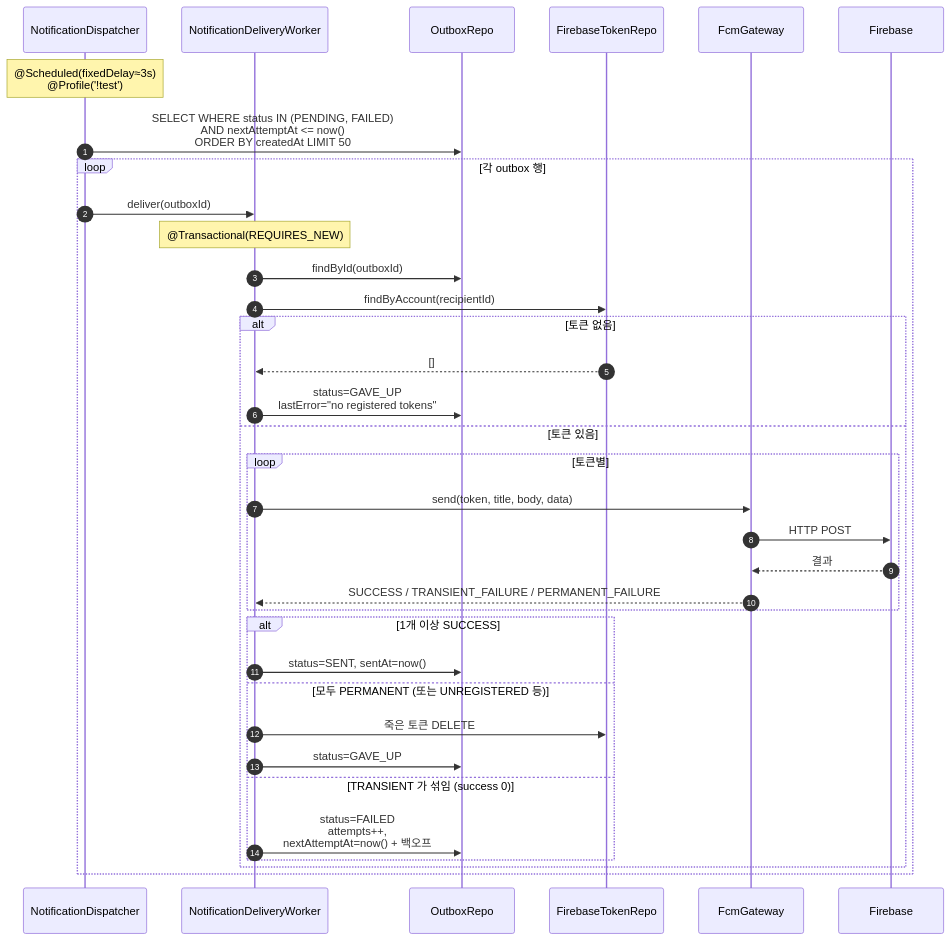
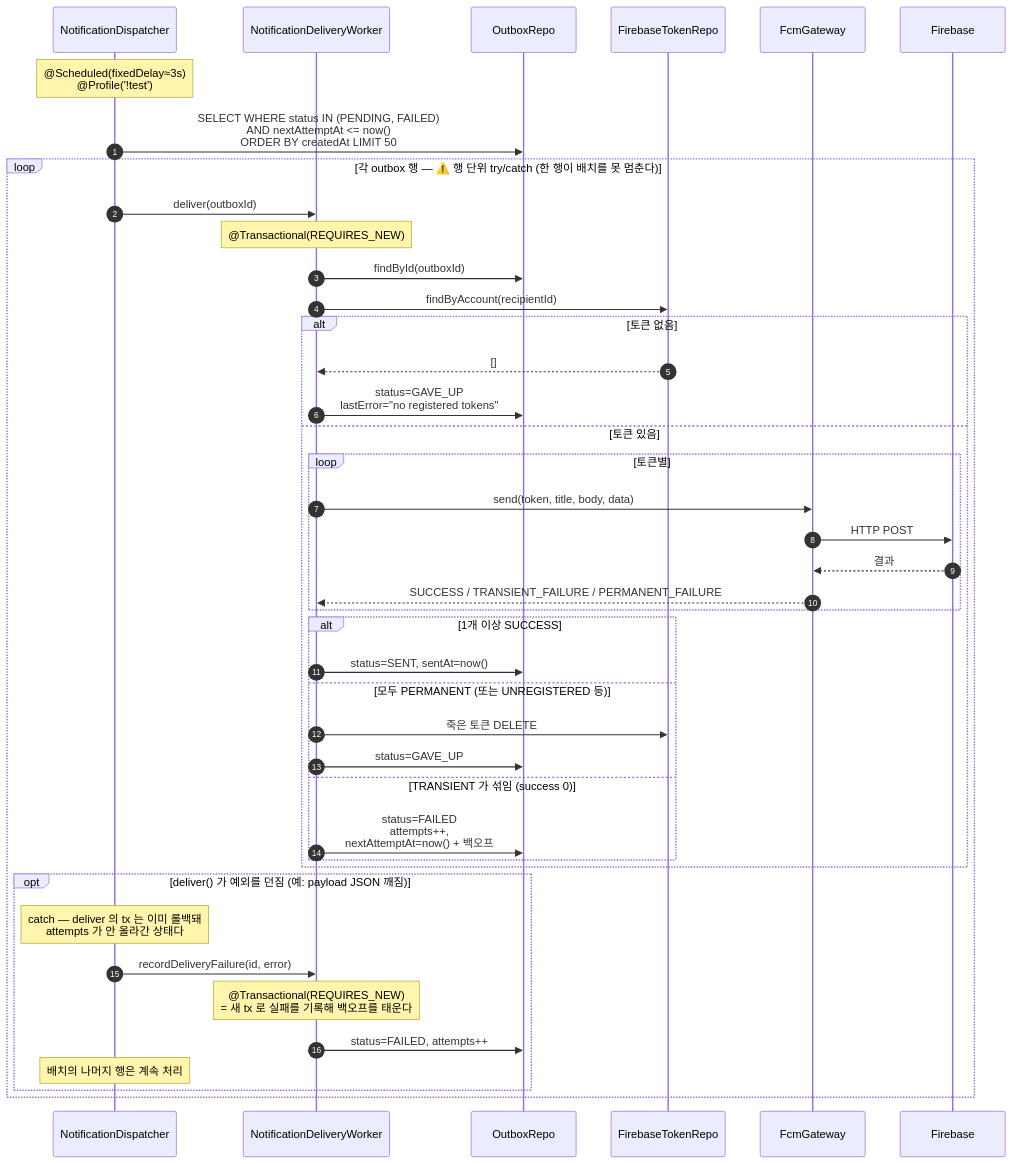
One commit to pungdong/Pungdong-Backend changed the third of 6 diagrams in docs/architecture/notification.md. Above: the diagram before and after it, drawn with Mermaid. The commit also changed other lines of this file and 2 other files, not shown here.

````diff
--- a/docs/architecture/notification.md
+++ b/docs/architecture/notification.md
@@ -112,42 +134,50 @@
 ```mermaid
 sequenceDiagram
     autonumber
     participant Dis as NotificationDispatcher
     participant Worker as NotificationDeliveryWorker
     participant OutRepo as OutboxRepo
     participant TokRepo as FirebaseTokenRepo
     participant Gw as FcmGateway
     participant FCM as Firebase
 
     Note over Dis: @Scheduled(fixedDelay≈3s)<br/>@Profile('!test')
     Dis->>OutRepo: SELECT WHERE status IN (PENDING, FAILED)<br/>AND nextAttemptAt <= now()<br/>ORDER BY createdAt LIMIT 50
 
-    loop 각 outbox 행
+    loop 각 outbox 행 — ⚠️ 행 단위 try/catch (한 행이 배치를 못 멈춘다)
         Dis->>Worker: deliver(outboxId)
         Note over Worker: @Transactional(REQUIRES_NEW)
 
         Worker->>OutRepo: findById(outboxId)
         Worker->>TokRepo: findByAccount(recipientId)
 
         alt 토큰 없음
             TokRepo-->>Worker: []
             Worker->>OutRepo: status=GAVE_UP<br/>lastError="no registered tokens"
         else 토큰 있음
             loop 토큰별
                 Worker->>Gw: send(token, title, body, data)
                 Gw->>FCM: HTTP POST
                 FCM-->>Gw: 결과
                 Gw-->>Worker: SUCCESS / TRANSIENT_FAILURE / PERMANENT_FAILURE
             end
 
             alt 1개 이상 SUCCESS
                 Worker->>OutRepo: status=SENT, sentAt=now()
             else 모두 PERMANENT (또는 UNREGISTERED 등)
                 Worker->>TokRepo: 죽은 토큰 DELETE
                 Worker->>OutRepo: status=GAVE_UP
             else TRANSIENT 가 섞임 (success 0)
                 Worker->>OutRepo: status=FAILED<br/>attempts++,<br/>nextAttemptAt=now() + 백오프
             end
         end
+
+        opt deliver() 가 예외를 던짐 (예: payload JSON 깨짐)
+            Note over Dis: catch — deliver 의 tx 는 이미 롤백돼<br/>attempts 가 안 올라간 상태다
+            Dis->>Worker: recordDeliveryFailure(id, error)
+            Note over Worker: @Transactional(REQUIRES_NEW)<br/>= 새 tx 로 실패를 기록해 백오프를 태운다
+            Worker->>OutRepo: status=FAILED, attempts++
+            Note over Dis: 배치의 나머지 행은 계속 처리
+        end
     end
 ```
````
